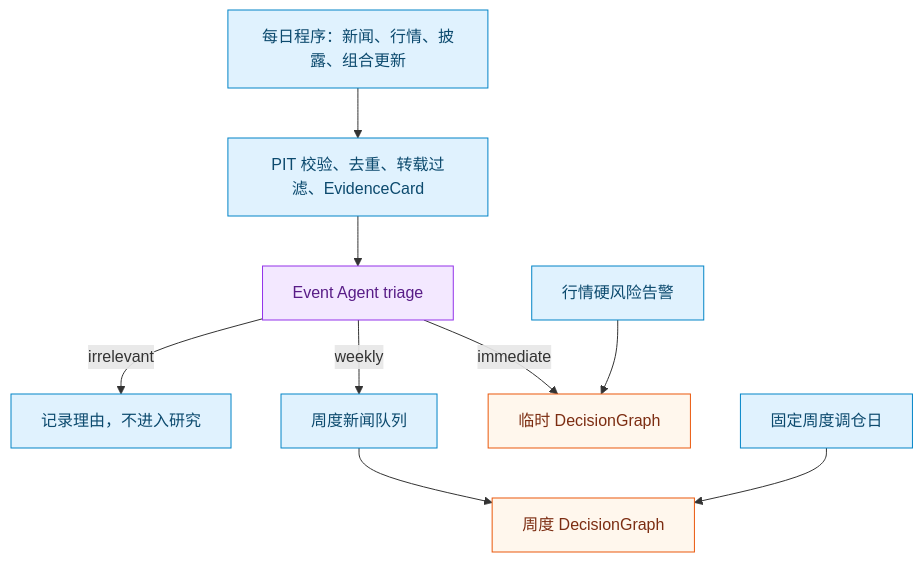
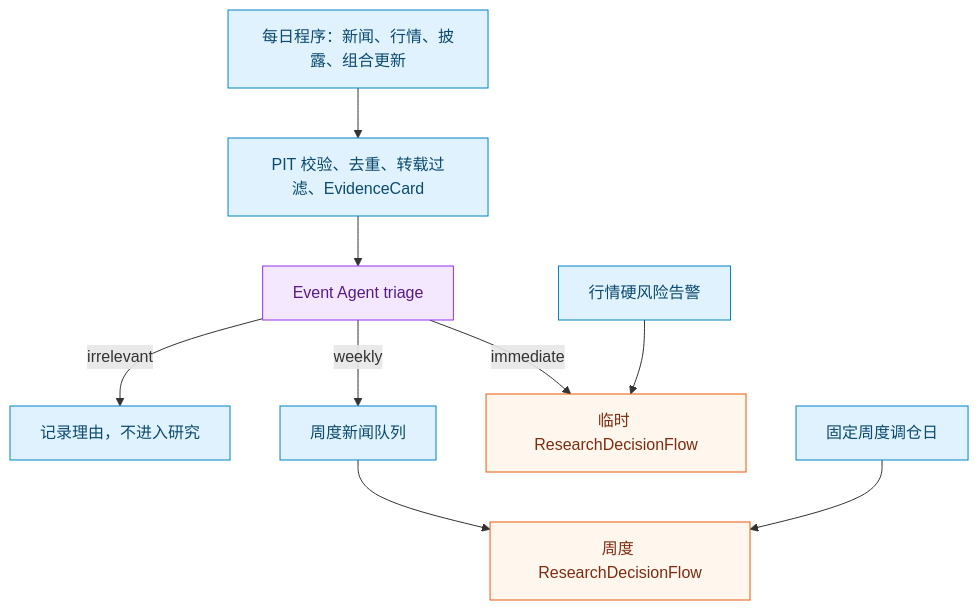
The first of 3 diagrams in docs/Plan.md (hhhx0613/Trader), drawn with Mermaid before and after one commit. The commit also changed other lines of this file and 65 other files, not shown here.

````diff
--- a/docs/Plan.md
+++ b/docs/Plan.md
@@ -51,18 +51,18 @@
 ```mermaid
 graph TD
     A["每日程序：新闻、行情、披露、组合更新"] --> B["PIT 校验、去重、转载过滤、EvidenceCard"]
     B --> C["Event Agent triage"]
     C -->|irrelevant| D["记录理由，不进入研究"]
     C -->|weekly| E["周度新闻队列"]
-    C -->|immediate| F["临时 DecisionGraph"]
+    C -->|immediate| F["临时 ResearchDecisionFlow"]
     G["行情硬风险告警"] --> F
-    H["固定周度调仓日"] --> I["周度 DecisionGraph"]
+    H["固定周度调仓日"] --> I["周度 ResearchDecisionFlow"]
     E --> I
 
     classDef program fill:#E0F2FE,stroke:#0284C7,color:#0C4A6E
     classDef agent fill:#F3E8FF,stroke:#9333EA,color:#581C87
     classDef decision fill:#FFF7ED,stroke:#EA580C,color:#7C2D12
     class A,B,D,E,G,H program
     class C agent
     class F,I decision
 ```
````
